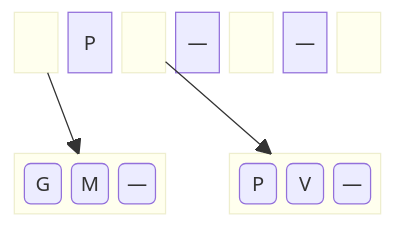
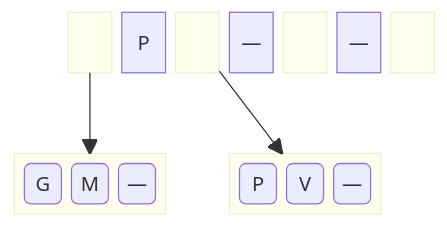
One commit to BenhurUFSM/pod26b changed the second of 8 diagrams in Assuntos/busca-ext.md. Above: the diagram before and after it, drawn with Mermaid. The commit also changed other lines of this file, not shown here.

````diff
--- a/Assuntos/busca-ext.md
+++ b/Assuntos/busca-ext.md
@@ -7,12 +7,14 @@
 ```mermaid
 block
-  columns 7
+  columns 8
+  space
   block:rl1 space end P block:rl2 space end rb["—"] block:rl3 space end rc["—"] block:rl4 space end
-  space:7
+  space:8
 
   block:f1:3 f1a("G") f1b("M") f1c("—") end space
   block:f2:3 f2a("P") f2b("V") f2c("—") end
+  space
 
   rl1-->f1
   rl2-->f2
 ```
````
